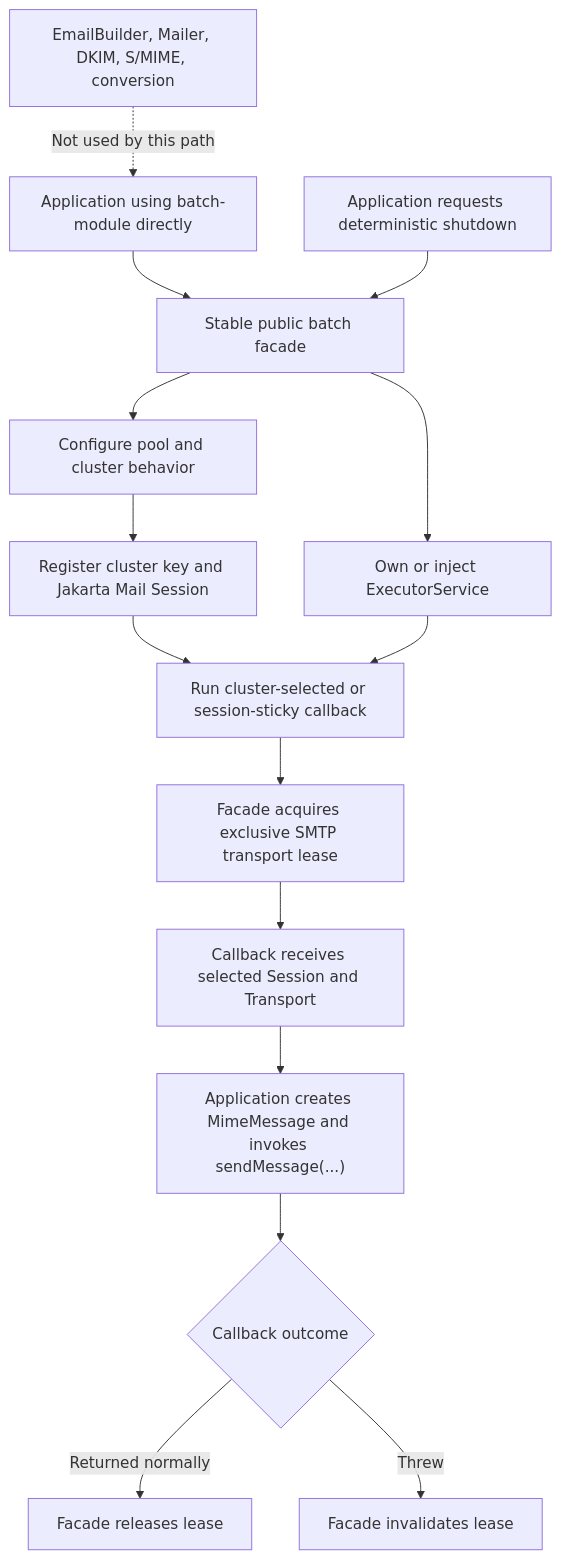
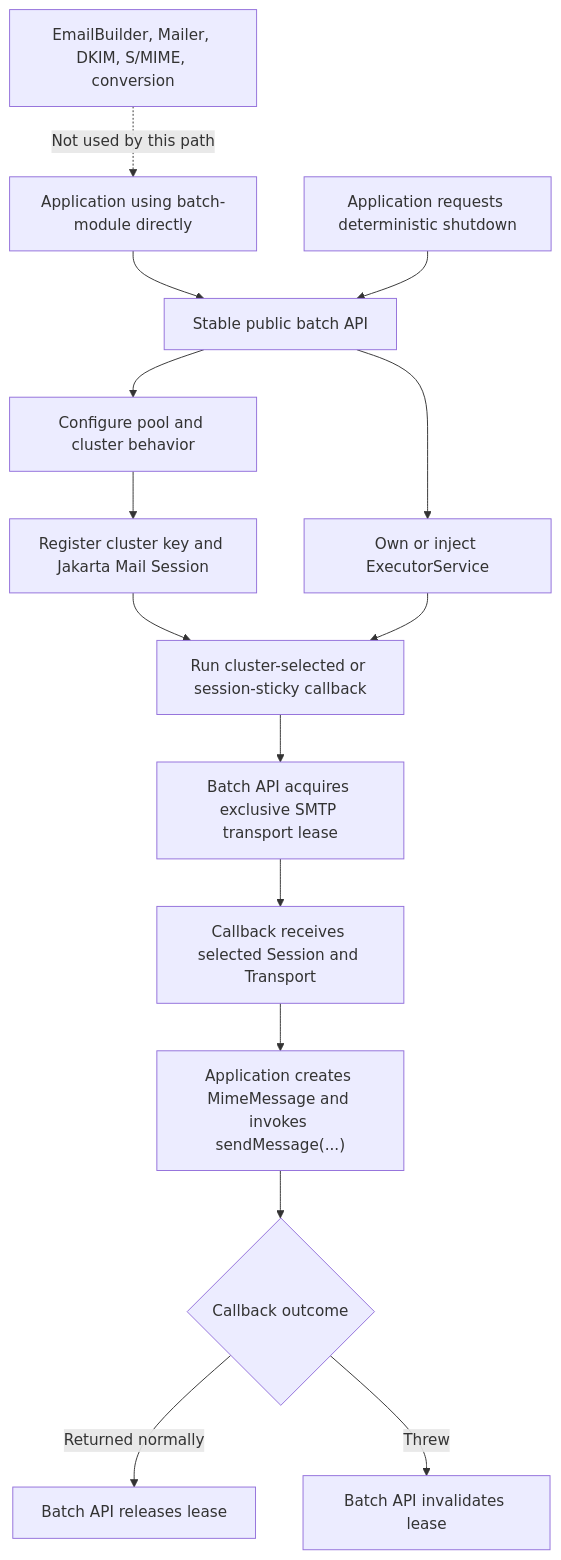
The fifth of 5 diagrams in PRODUCT-VISION.md (simple-java-mail/smtp-connection-pool), drawn with Mermaid before and after one commit. The commit also changed other lines of this file and 16 other files, not shown here.

````diff
--- a/PRODUCT-VISION.md
+++ b/PRODUCT-VISION.md
@@ -273,17 +273,17 @@
 ```mermaid
 flowchart TB
-    APP["Application using batch-module directly"] --> PUBLIC["Stable public batch facade"]
+    APP["Application using batch-module directly"] --> PUBLIC["Stable public batch API"]
     PUBLIC --> EXECUTOR["Own or inject ExecutorService"]
     PUBLIC --> CONFIG["Configure pool and cluster behavior"]
     CONFIG --> REGISTER["Register cluster key and Jakarta Mail Session"]
     REGISTER --> CALLBACK["Run cluster-selected or session-sticky callback"]
     EXECUTOR --> CALLBACK
-    CALLBACK --> INTERNAL["Facade acquires exclusive SMTP transport lease"]
+    CALLBACK --> INTERNAL["Batch API acquires exclusive SMTP transport lease"]
     INTERNAL --> CONTEXT["Callback receives selected Session and Transport"]
     CONTEXT --> WORK["Application creates MimeMessage and invokes sendMessage(...)"]
     WORK --> RESULT{"Callback outcome"}
-    RESULT -- "Returned normally" --> RELEASE["Facade releases lease"]
-    RESULT -- "Threw" --> INVALIDATE["Facade invalidates lease"]
+    RESULT -- "Returned normally" --> RELEASE["Batch API releases lease"]
+    RESULT -- "Threw" --> INVALIDATE["Batch API invalidates lease"]
     SHUTDOWN["Application requests deterministic shutdown"] --> PUBLIC
     HIGH_LEVEL["EmailBuilder, Mailer, DKIM, S/MIME, conversion"] -. "Not used by this path" .-> APP
 ```
````
